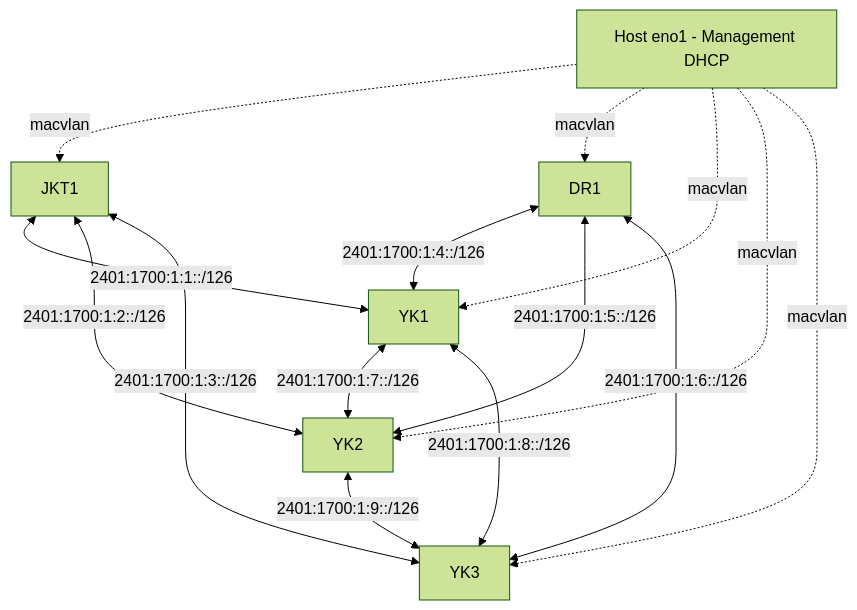
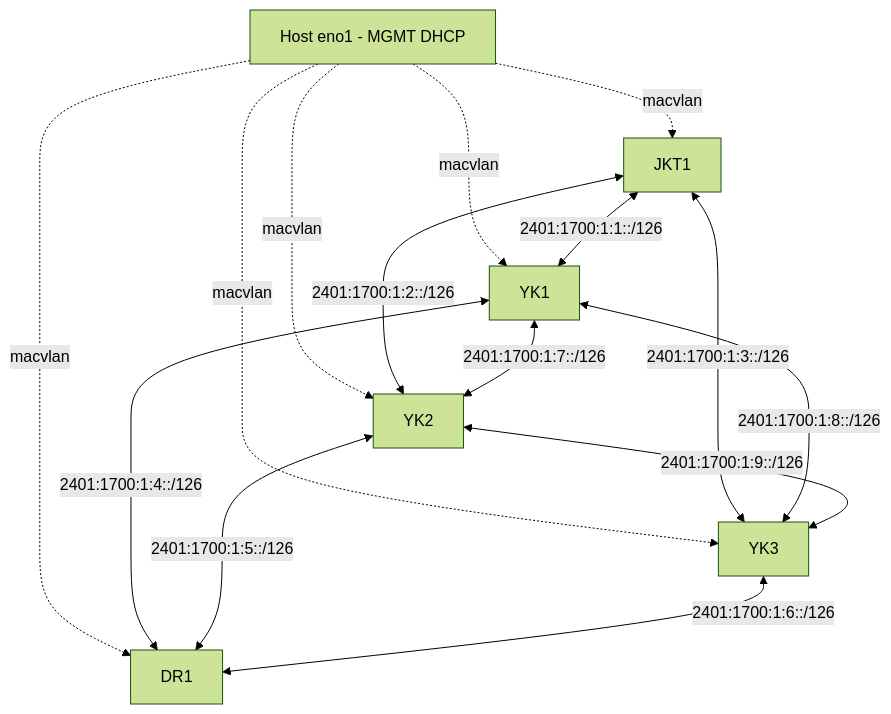
Before and after one commit to najiebhaswell/bird-lab: the diagram in README.md, drawn with Mermaid (forest theme).

Commit message:
Fix: topology layout JKT1 top, YK middle, DR1 bottom

````diff
--- a/README.md
+++ b/README.md
@@ -14,22 +14,22 @@
 ```mermaid
-graph TD
-    ENO1["Host eno1 - Management DHCP"]
+graph TB
+    ENO1["Host eno1 - MGMT DHCP"]
 
     ENO1 -.->|macvlan| JKT1
-    ENO1 -.->|macvlan| DR1
     ENO1 -.->|macvlan| YK1
     ENO1 -.->|macvlan| YK2
     ENO1 -.->|macvlan| YK3
+    ENO1 -.->|macvlan| DR1
 
     JKT1 <-->|"2401:1700:1:1::/126"| YK1
     JKT1 <-->|"2401:1700:1:2::/126"| YK2
     JKT1 <-->|"2401:1700:1:3::/126"| YK3
 
-    DR1 <-->|"2401:1700:1:4::/126"| YK1
-    DR1 <-->|"2401:1700:1:5::/126"| YK2
-    DR1 <-->|"2401:1700:1:6::/126"| YK3
-
     YK1 <-->|"2401:1700:1:7::/126"| YK2
     YK1 <-->|"2401:1700:1:8::/126"| YK3
     YK2 <-->|"2401:1700:1:9::/126"| YK3
+
+    YK1 <-->|"2401:1700:1:4::/126"| DR1
+    YK2 <-->|"2401:1700:1:5::/126"| DR1
+    YK3 <-->|"2401:1700:1:6::/126"| DR1
 ```
````
